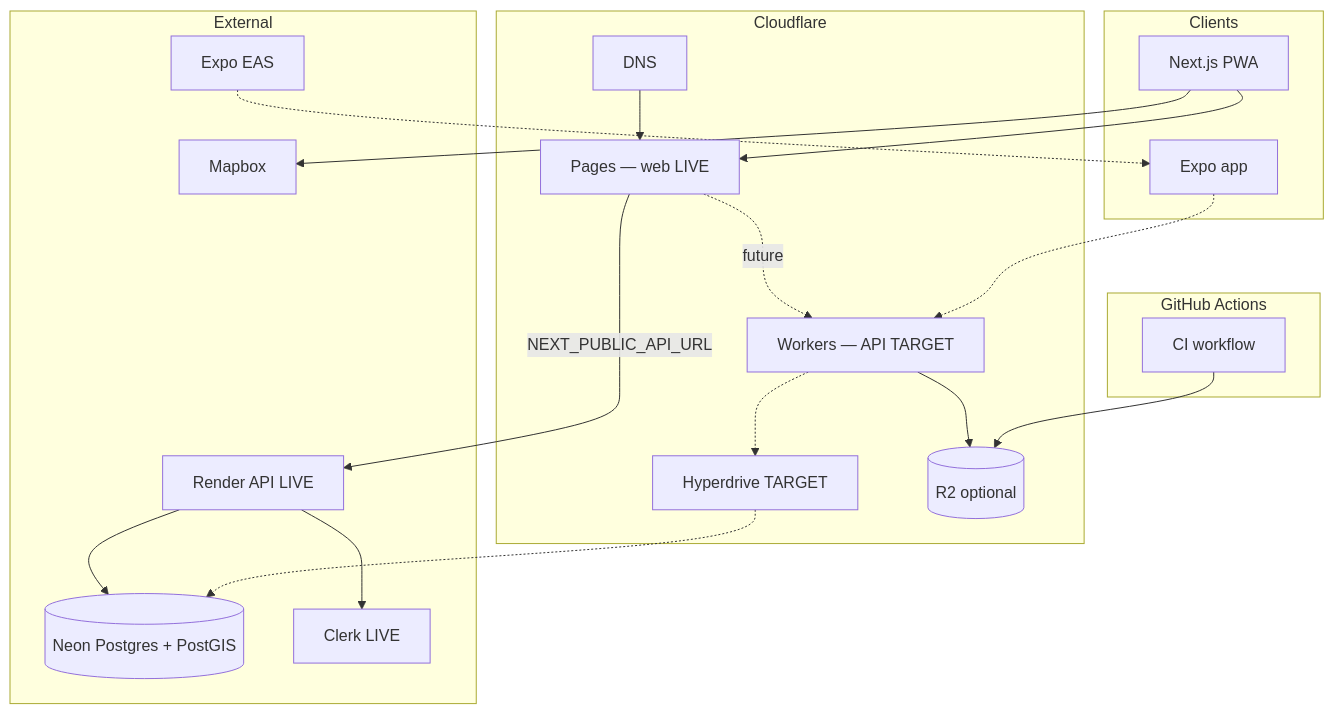
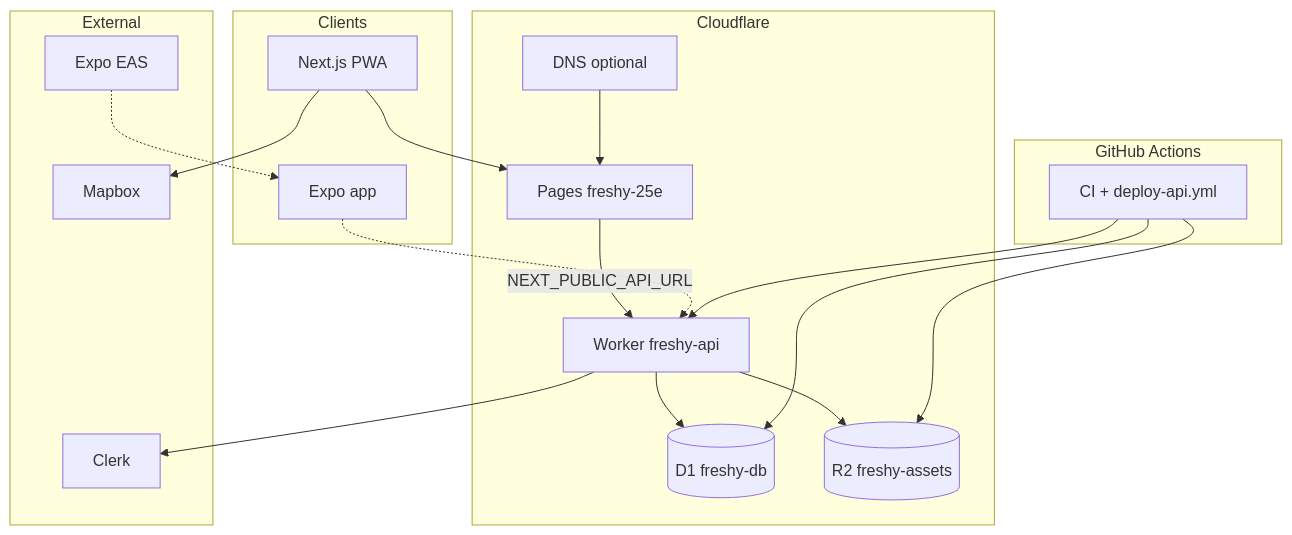
One commit to alexandrelheinen/freshy changed the second of 2 diagrams in docs/infrastructure.md. Above: the diagram before and after it, drawn with Mermaid. The commit also changed other lines of this file and 36 other files, not shown here.

````diff
--- a/docs/infrastructure.md
+++ b/docs/infrastructure.md
@@ -81,40 +80,38 @@
 ```mermaid
 flowchart TB
     subgraph clients [Clients]
         Web[Next.js PWA]
         Mobile[Expo app]
     end
 
     subgraph cf [Cloudflare]
-        Pages[Pages — web LIVE]
-        Workers[Workers — API TARGET]
-        Hyperdrive[Hyperdrive TARGET]
-        R2[(R2 optional)]
-        DNS[DNS]
+        Pages[Pages freshy-25e]
+        Worker[Worker freshy-api]
+        D1[(D1 freshy-db)]
+        R2[(R2 freshy-assets)]
+        DNS[DNS optional]
     end
 
     subgraph external [External]
-        Render[Render API LIVE]
-        PG[(Neon Postgres + PostGIS)]
         Mapbox[Mapbox]
         EAS[Expo EAS]
-        Clerk[Clerk LIVE]
+        Clerk[Clerk]
     end
 
     subgraph ci [GitHub Actions]
-        GHA[CI workflow]
+        GHA[CI + deploy-api.yml]
     end
 
     Web --> Pages
-    Pages -->|NEXT_PUBLIC_API_URL| Render
-    Pages -.->|future| Workers
-    Mobile -.-> Workers
-    Render --> PG
-    Workers -.-> Hyperdrive -.-> PG
-    Workers --> R2
+    Pages -->|NEXT_PUBLIC_API_URL| Worker
+    Mobile -.-> Worker
+    Worker --> D1
+    Worker --> R2
     Web --> Mapbox
-    Render --> Clerk
+    Worker --> Clerk
+    GHA --> Worker
+    GHA --> D1
     GHA --> R2
     EAS -.-> Mobile
     DNS --> Pages
 ```
````
